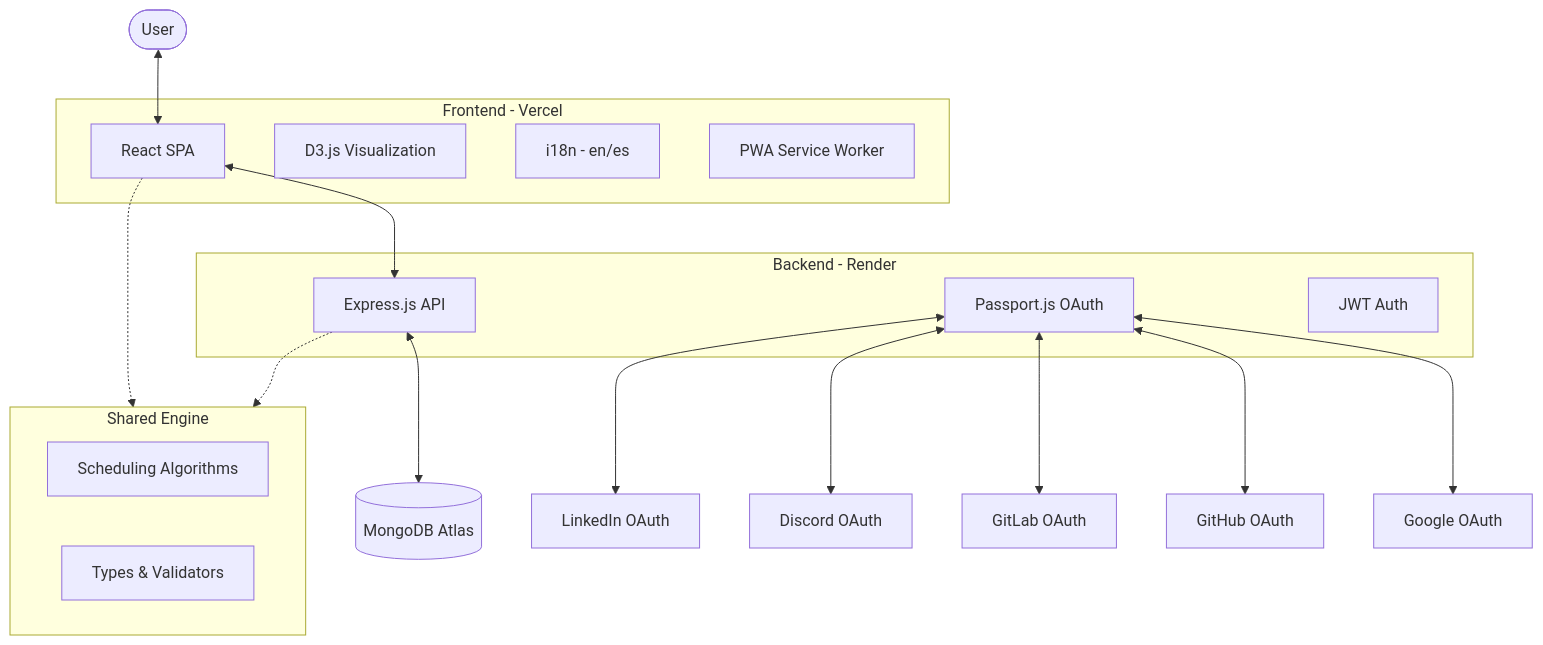
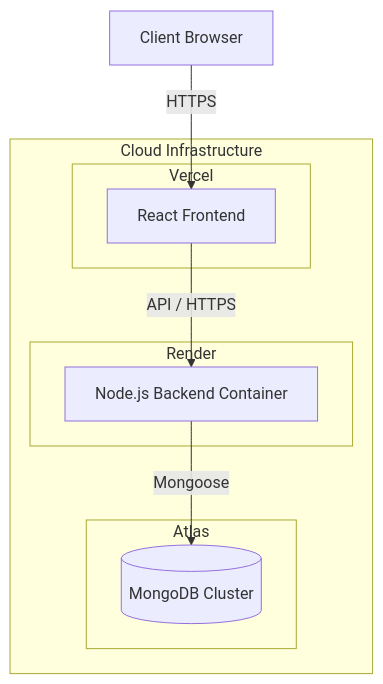
The second of 3 diagrams in docs/architecture.md (CodeExplorer430/cpu-scheduling-visualizer), drawn with Mermaid before and after one commit. The commit also changed other lines of this file and 9 other files, not shown here.

````diff
--- a/docs/architecture.md
+++ b/docs/architecture.md
@@ -5,31 +46,20 @@
 ```mermaid
 graph TD
-    User([User])
-    subgraph Frontend [Frontend - Vercel]
-        React[React SPA]
-        D3[D3.js Visualization]
-        i18n[i18n - en/es]
-        PWA[PWA Service Worker]
+    subgraph Cloud [Cloud Infrastructure]
+        subgraph Vercel
+            Frontend[React Frontend]
+        end
+        
+        subgraph Render
+            Backend[Node.js Backend Container]
+        end
+        
+        subgraph Atlas
+            DB[(MongoDB Cluster)]
+        end
     end
-    subgraph Backend [Backend - Render]
-        Express[Express.js API]
-        Passport[Passport.js OAuth]
-        JWT[JWT Auth]
-    end
-    subgraph Shared [Shared Engine]
-        Engine[Scheduling Algorithms]
-        Validators[Types & Validators]
-    end
-    DB[(MongoDB Atlas)]
-
-    User <--> React
-    React <--> Express
-    Express <--> DB
-    React -.-> Shared
-    Express -.-> Shared
-    Passport <--> Google[Google OAuth]
-    Passport <--> GitHub[GitHub OAuth]
-    Passport <--> GitLab[GitLab OAuth]
-    Passport <--> Discord[Discord OAuth]
-    Passport <--> LinkedIn[LinkedIn OAuth]
+    
+    User[Client Browser] -->|HTTPS| Frontend
+    Frontend -->|API / HTTPS| Backend
+    Backend -->|Mongoose| DB
 ```
````
